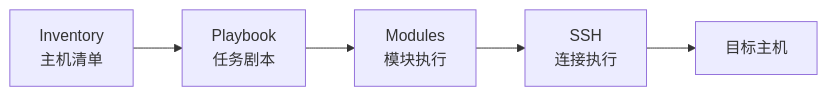
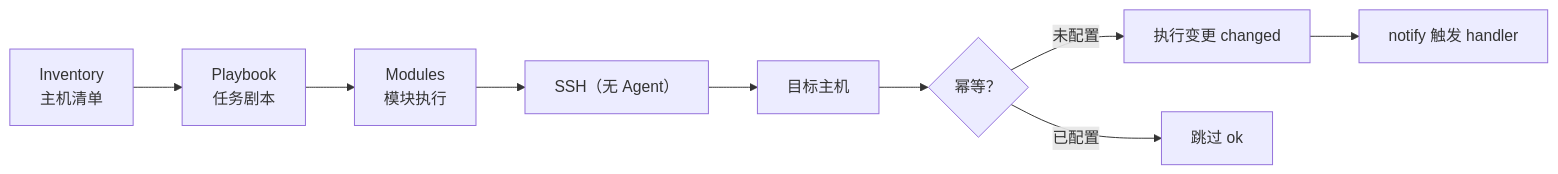
Before and after one commit to before80/prgms: the second of 2 diagrams in content/linux/auto_maintenance/Chapter-61-Ansible-Basics.md, drawn with Mermaid. The commit also changed other lines of this file and 1645 other files, not shown here.

````diff
--- a/content/linux/auto_maintenance/Chapter-61-Ansible-Basics.md
+++ b/content/linux/auto_maintenance/Chapter-61-Ansible-Basics.md
@@ -727,7 +1265,11 @@
 ```mermaid
-graph LR
-    A[Inventory<br/>主机清单] --> B[Playbook<br/>任务剧本]
-    B --> C[Modules<br/>模块执行]
-    C --> D[SSH<br/>连接执行]
-    D --> E[目标主机]
+flowchart LR
+    A["Inventory<br/>主机清单"] --> B["Playbook<br/>任务剧本"]
+    B --> C["Modules<br/>模块执行"]
+    C --> D["SSH（无 Agent）"]
+    D --> E["目标主机"]
+    E --> F{"幂等？"}
+    F -->|未配置| G["执行变更 changed"]
+    F -->|已配置| H["跳过 ok"]
+    G --> I["notify 触发 handler"]
 ```
````
